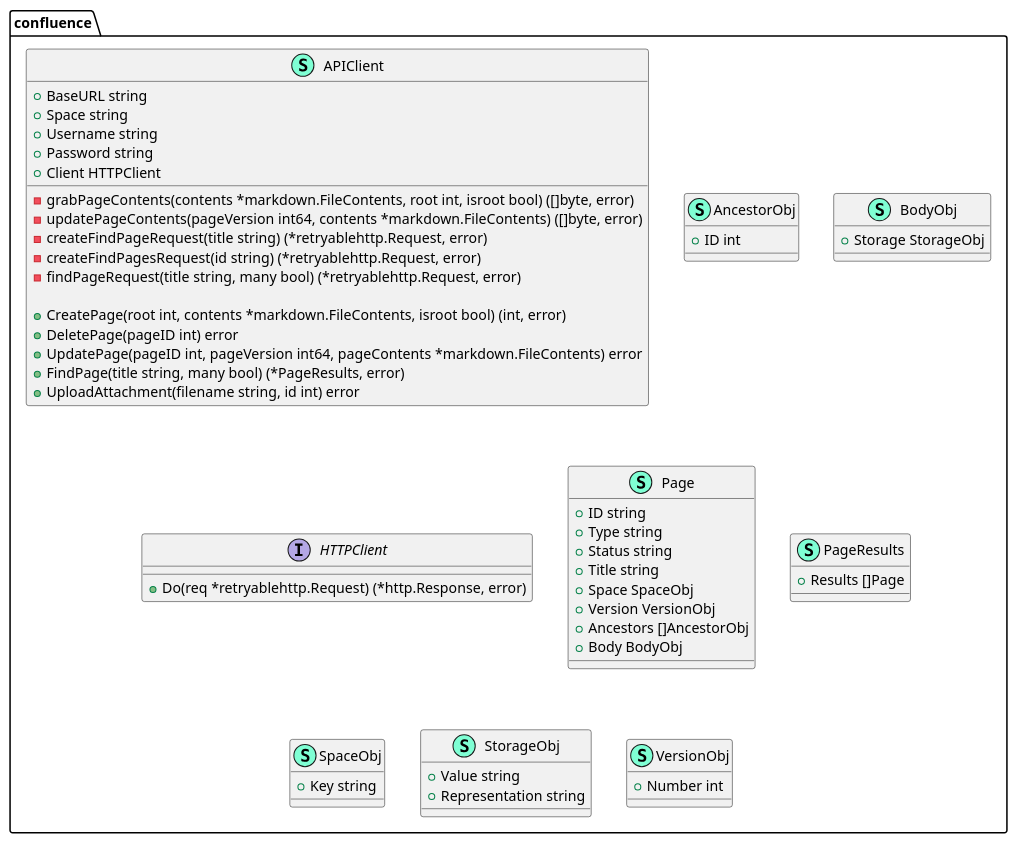
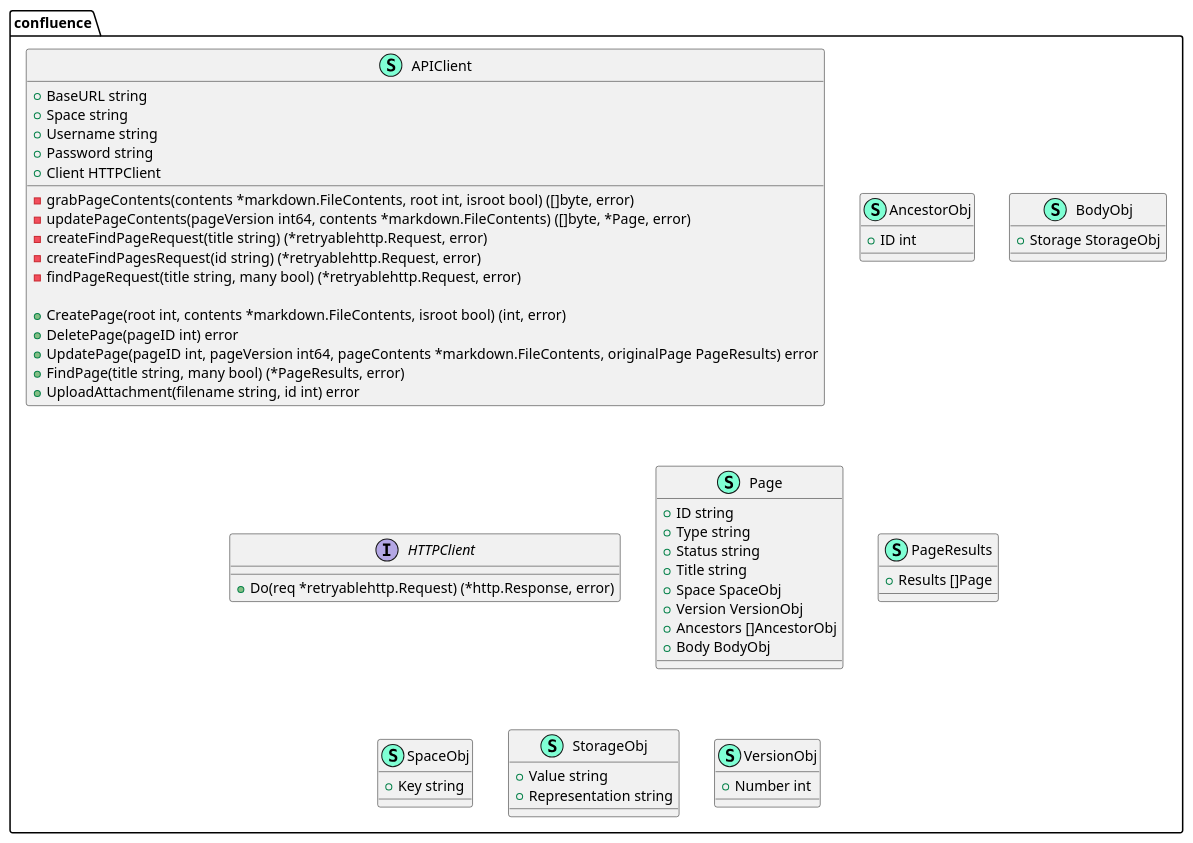
The diagram in confluence/confluence-markdown-to-confluence-pumldiagram.puml (xiatechs/markdown-to-confluence), drawn with PlantUML before and after one commit. The commit also changed 3 other files, not shown here.

```diff
--- a/confluence/confluence-markdown-to-confluence-pumldiagram.puml
+++ b/confluence/confluence-markdown-to-confluence-pumldiagram.puml
@@ -1,66 +1,66 @@
 @startuml
 namespace confluence {
     class APIClient << (S,Aquamarine) >> {
         + BaseURL string
         + Space string
         + Username string
         + Password string
         + Client HTTPClient
 
         - grabPageContents(contents *markdown.FileContents, root int, isroot bool) ([]byte, error)
-        - updatePageContents(pageVersion int64, contents *markdown.FileContents) ([]byte, error)
+        - updatePageContents(pageVersion int64, contents *markdown.FileContents) ([]byte, *Page, error)
         - createFindPageRequest(title string) (*retryablehttp.Request, error)
         - createFindPagesRequest(id string) (*retryablehttp.Request, error)
         - findPageRequest(title string, many bool) (*retryablehttp.Request, error)
 
         + CreatePage(root int, contents *markdown.FileContents, isroot bool) (int, error)
         + DeletePage(pageID int) error
-        + UpdatePage(pageID int, pageVersion int64, pageContents *markdown.FileContents) error
+        + UpdatePage(pageID int, pageVersion int64, pageContents *markdown.FileContents, originalPage PageResults) error
         + FindPage(title string, many bool) (*PageResults, error)
         + UploadAttachment(filename string, id int) error
 
     }
     class AncestorObj << (S,Aquamarine) >> {
         + ID int
 
     }
     class BodyObj << (S,Aquamarine) >> {
         + Storage StorageObj
 
     }
     interface HTTPClient  {
         + Do(req *retryablehttp.Request) (*http.Response, error)
 
     }
     class Page << (S,Aquamarine) >> {
         + ID string
         + Type string
         + Status string
         + Title string
         + Space SpaceObj
         + Version VersionObj
         + Ancestors []AncestorObj
         + Body BodyObj
 
     }
     class PageResults << (S,Aquamarine) >> {
         + Results []Page
 
     }
     class SpaceObj << (S,Aquamarine) >> {
         + Key string
 
     }
     class StorageObj << (S,Aquamarine) >> {
         + Value string
         + Representation string
 
     }
     class VersionObj << (S,Aquamarine) >> {
         + Number int
 
     }
 }
 
 
 @enduml
```
